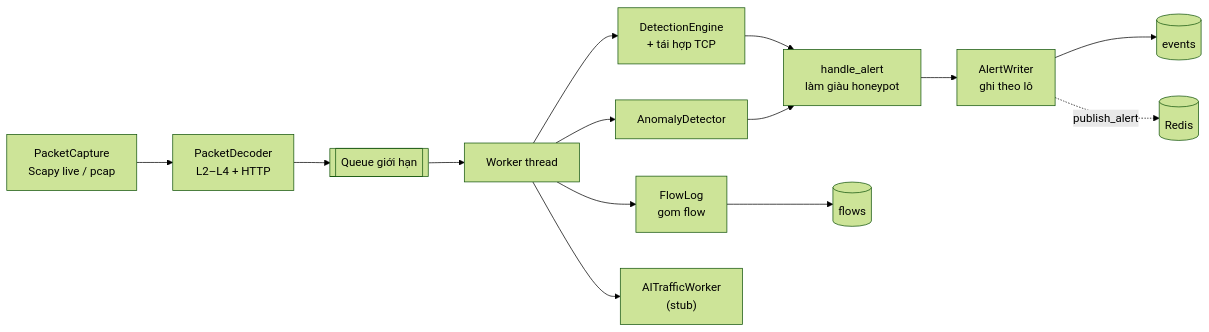
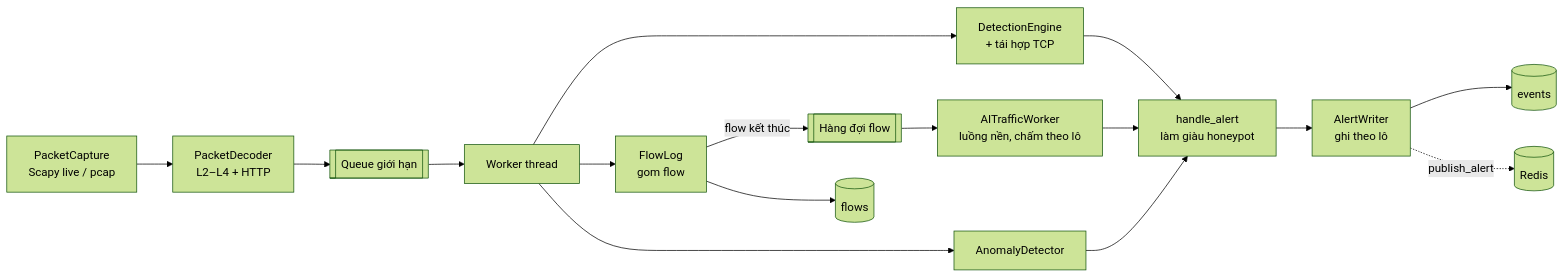
Before and after one commit to 74Teams/hybrid-nids: the second of 2 diagrams in docs/system-architecture.md, drawn with Mermaid (forest theme). The commit also changed other lines of this file and 6 other files, not shown here.

````diff
--- a/docs/system-architecture.md
+++ b/docs/system-architecture.md
@@ -43,16 +43,18 @@
 ```mermaid
 flowchart LR
     cap["PacketCapture<br/>Scapy live / pcap"] --> dec["PacketDecoder<br/>L2–L4 + HTTP"]
     dec --> q[["Queue giới hạn"]]
     q --> w["Worker thread"]
     w --> rule["DetectionEngine<br/>+ tái hợp TCP"]
     w --> flow["FlowLog<br/>gom flow"]
     w --> anom["AnomalyDetector"]
-    w --> ai["AITrafficWorker<br/>(stub)"]
+    flow -- "flow kết thúc" --> aiq[["Hàng đợi flow"]]
+    aiq --> ai["AITrafficWorker<br/>luồng nền, chấm theo lô"]
     rule --> ha["handle_alert<br/>làm giàu honeypot"]
     anom --> ha
+    ai --> ha
     ha --> aw["AlertWriter<br/>ghi theo lô"]
     aw --> db[("events")]
     aw -. publish_alert .-> redis[("Redis")]
     flow --> dbf[("flows")]
 ```
````
